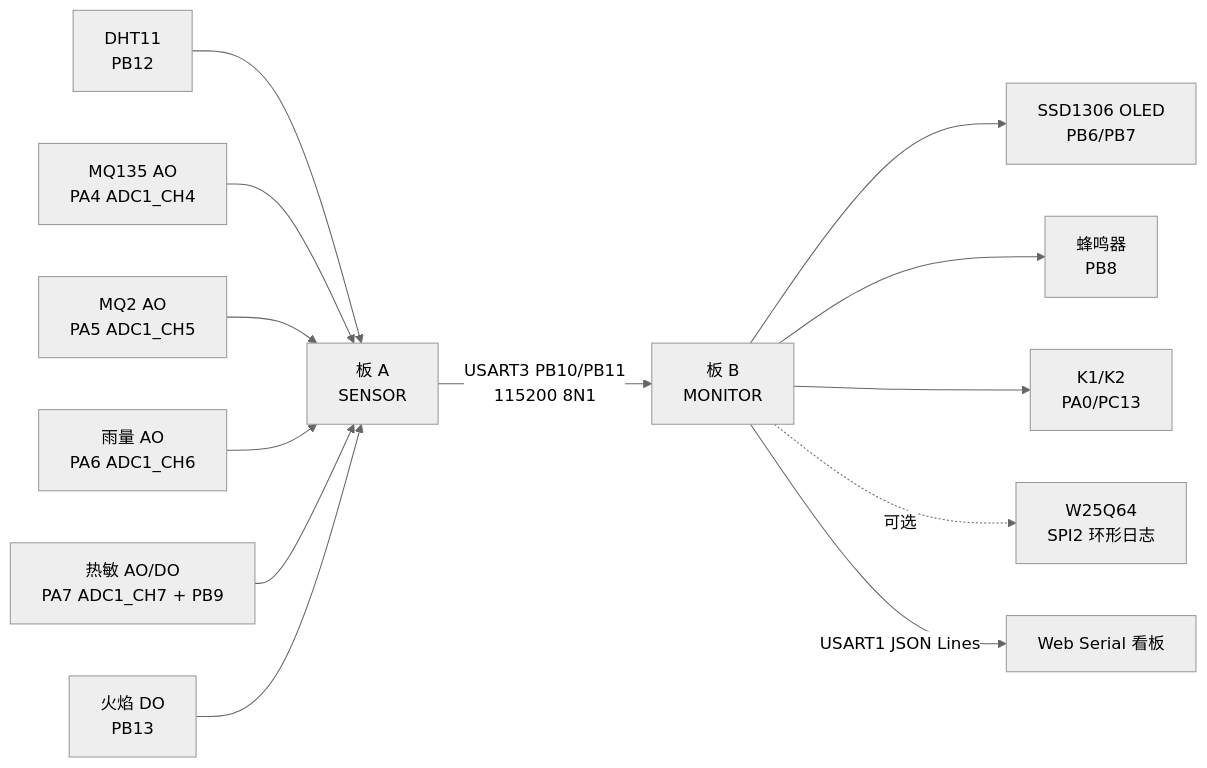
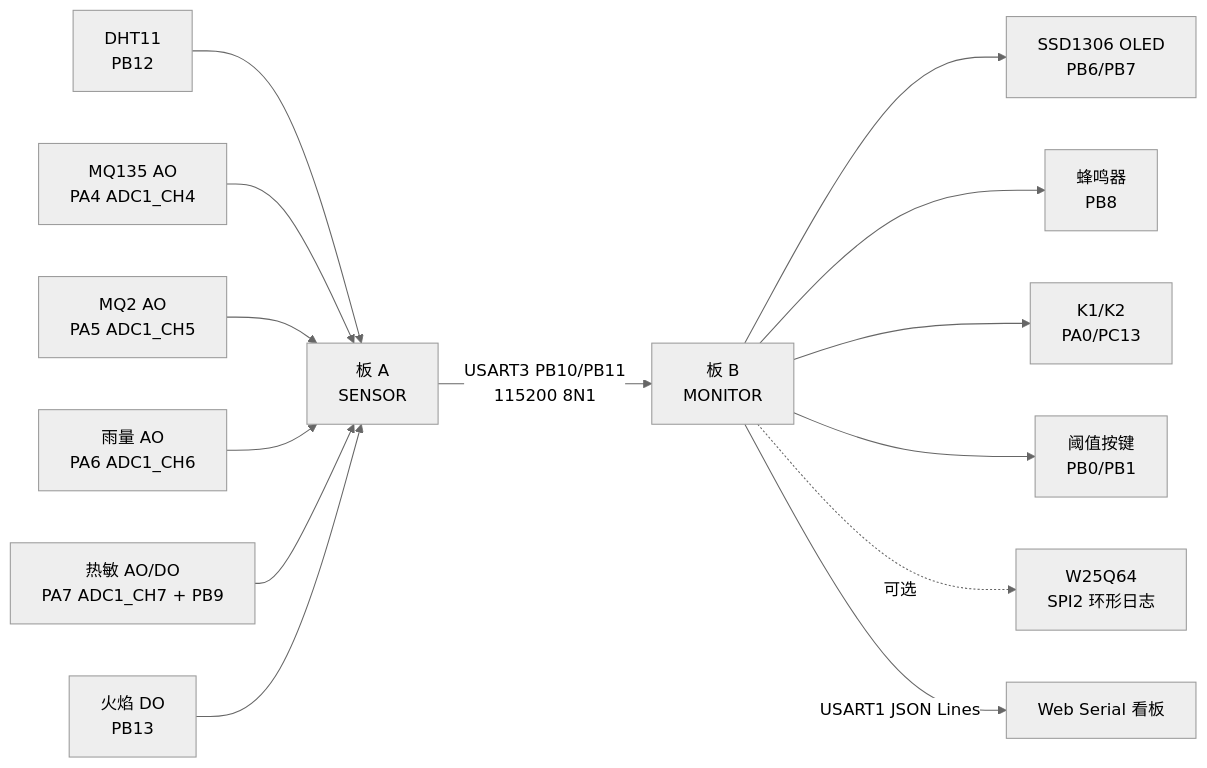
Before and after one commit to Cusnd/dual-stm32-safety-monitor: the diagram in README.zh-CN.md, drawn with Mermaid (neutral theme). The commit also changed other lines of this file and 118 other files, not shown here.

````diff
--- a/README.zh-CN.md
+++ b/README.zh-CN.md
@@ -22,15 +22,16 @@
 ```mermaid
 flowchart LR
   DHT11[DHT11<br/>PB12] --> A[板 A<br/>SENSOR]
   MQ135[MQ135 AO<br/>PA4 ADC1_CH4] --> A
   MQ2[MQ2 AO<br/>PA5 ADC1_CH5] --> A
   Rain[雨量 AO<br/>PA6 ADC1_CH6] --> A
   Therm[热敏 AO/DO<br/>PA7 ADC1_CH7 + PB9] --> A
   Flame[火焰 DO<br/>PB13] --> A
   A -- USART3 PB10/PB11<br/>115200 8N1 --> B[板 B<br/>MONITOR]
   B --> OLED[SSD1306 OLED<br/>PB6/PB7]
   B --> Buzz[蜂鸣器<br/>PB8]
   B --> Keys[K1/K2<br/>PA0/PC13]
+  B --> ThresholdKeys[阈值按键<br/>PB0/PB1]
   B -. 可选 .-> Flash[W25Q64<br/>SPI2 环形日志]
   B -- USART1 JSON Lines --> Web[Web Serial 看板]
 ```
````
